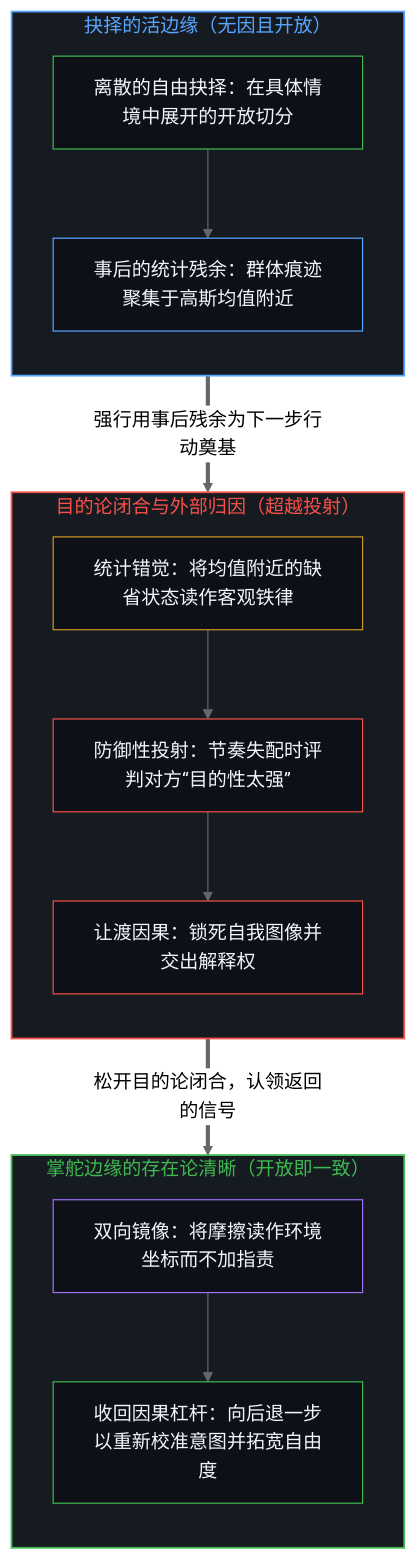
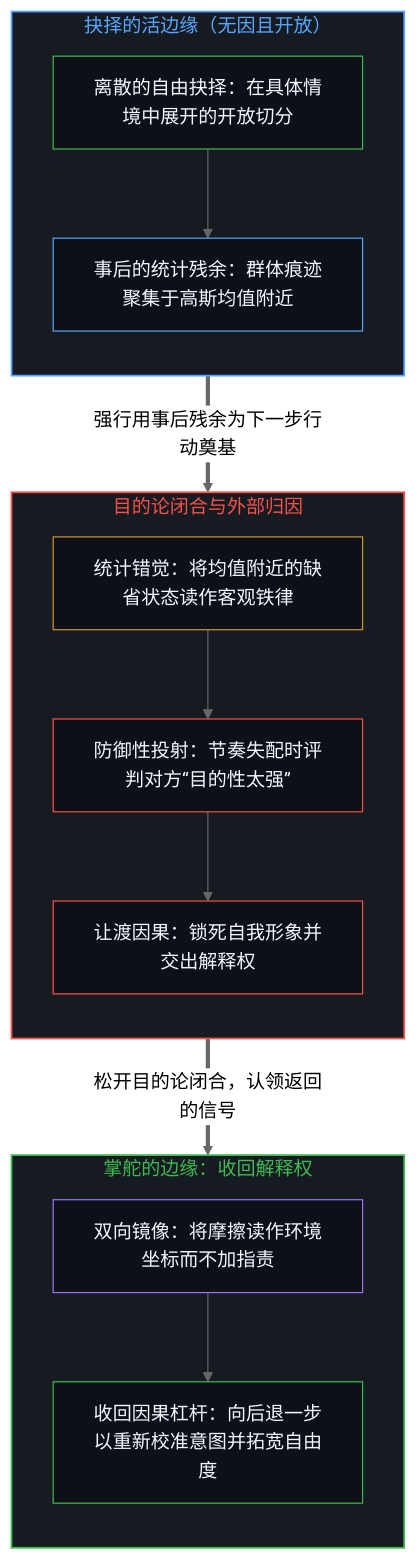
The first of 2 diagrams in content/posts/cong-mu-di-xing-de-ping-pan-kan-ren-zhi-que-sheng.md (powerpig99/not-a-toe), drawn with Mermaid (neutral theme) before and after one commit. The commit also changed other lines of this file and 5 other files, not shown here.

````diff
--- a/content/posts/cong-mu-di-xing-de-ping-pan-kan-ren-zhi-que-sheng.md
+++ b/content/posts/cong-mu-di-xing-de-ping-pan-kan-ren-zhi-que-sheng.md
@@ -39,34 +39,34 @@
 ```mermaid
 flowchart TD
     subgraph S_Edge["抉择的活边缘（无因且开放）"]
         direction TB
         E_Act["离散的自由抉择：在具体情境中展开的开放切分"]
         E_Stat["事后的统计残余：群体痕迹聚集于高斯均值附近"]
         E_Act --> E_Stat
     end
-    subgraph S_Proj["目的论闭合与外部归因（超越投射）"]
+    subgraph S_Proj["目的论闭合与外部归因"]
         direction TB
         P_Law["统计错觉：将均值附近的缺省状态读作客观铁律"]
         P_Label["防御性投射：节奏失配时评判对方“目的性太强”"]
-        P_Surr["让渡因果：锁死自我图像并交出解释权"]
+        P_Surr["让渡因果：锁死自我形象并交出解释权"]
         P_Law --> P_Label --> P_Surr
     end
-    subgraph S_Open["掌舵边缘的存在论清晰（开放即一致）"]
+    subgraph S_Open["掌舵的边缘：收回解释权"]
         direction TB
         O_Mirror["双向镜像：将摩擦读作环境坐标而不加指责"]
         O_Claim["收回因果杠杆：向后退一步以重新校准意图并拓宽自由度"]
         O_Mirror --> O_Claim
     end
     E_Stat ==>|"强行用事后残余为下一步行动奠基"| P_Law
     P_Surr ==>|"松开目的论闭合，认领返回的信号"| O_Mirror
     style S_Edge fill:#161b22,stroke:#58a6ff,stroke-width:1.5px,color:#58a6ff
     style S_Proj fill:#161b22,stroke:#f85149,stroke-width:1.5px,color:#f85149
     style S_Open fill:#161b22,stroke:#3fb950,stroke-width:1.5px,color:#3fb950
     style E_Act fill:#0d1117,stroke:#3fb950,stroke-width:1px,color:#f0f6fc
     style E_Stat fill:#0d1117,stroke:#58a6ff,stroke-width:1px,color:#f0f6fc
     style P_Law fill:#0d1117,stroke:#d29922,stroke-width:1px,color:#f0f6fc
     style P_Label fill:#0d1117,stroke:#f85149,stroke-width:1px,color:#f0f6fc
     style P_Surr fill:#0d1117,stroke:#f85149,stroke-width:1px,color:#f0f6fc
     style O_Mirror fill:#0d1117,stroke:#a371f7,stroke-width:1px,color:#f0f6fc
     style O_Claim fill:#0d1117,stroke:#3fb950,stroke-width:1px,color:#f0f6fc
 ```
````
